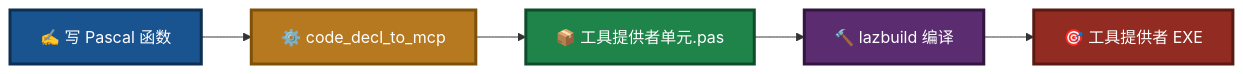
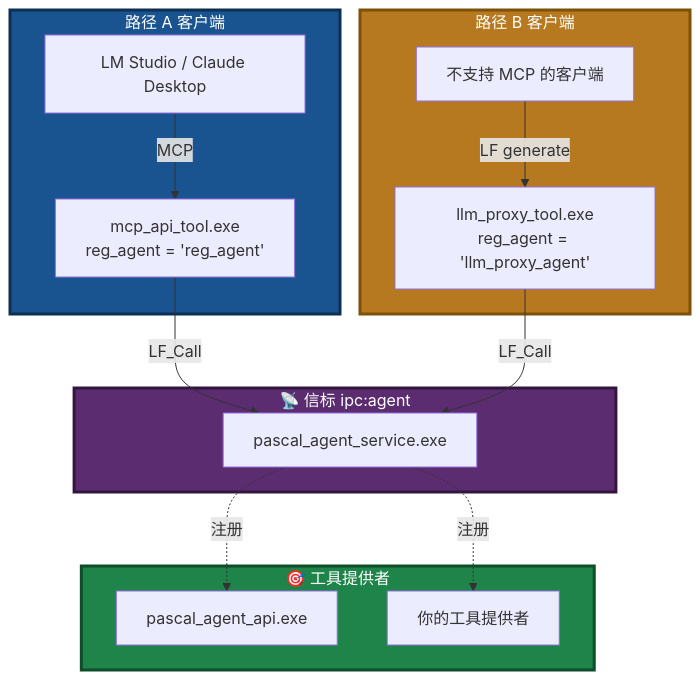
One commit to PassByYou888/LingoFuse-pasAgent changed the fourth of 9 diagrams in readme.md. Above: the diagram before and after it, drawn with Mermaid. The commit also changed other lines of this file and 33 other files, not shown here.

````diff
--- a/readme.md
+++ b/readme.md
@@ -55,13 +121,33 @@
 ```mermaid
-flowchart LR
-    A["✍️ 写 Pascal 函数"] --> B["⚙️ code_decl_to_mcp"]
-    B --> C["📦 工具提供者单元.pas"]
-    C --> D["🔨 lazbuild 编译"]
-    D --> E["🎯 工具提供者 EXE"]
+flowchart TB
+    subgraph Beacon["📡 信标 ipc:agent"]
+        B1["pascal_agent_service.exe"]
+    end
 
-    style A fill:#1A5490,stroke:#0D2F52,stroke-width:3px,color:#FFFFFF
-    style B fill:#B7791F,stroke:#7E5109,stroke-width:3px,color:#FFFFFF
-    style C fill:#1E8449,stroke:#0E4D2A,stroke-width:3px,color:#FFFFFF
-    style D fill:#5B2C6F,stroke:#321640,stroke-width:3px,color:#FFFFFF
-    style E fill:#922B21,stroke:#5A1A14,stroke-width:3px,color:#FFFFFF
+    subgraph ToolProviders["🎯 工具提供者"]
+        T1["pascal_agent_api.exe"]
+        T2["你的工具提供者"]
+    end
+
+    subgraph ClientsA["路径 A 客户端"]
+        A1["LM Studio / Claude Desktop"]
+        A2["mcp_api_tool.exe<br/>reg_agent = 'reg_agent'"]
+    end
+
+    subgraph ClientsB["路径 B 客户端"]
+        B1c["不支持 MCP 的客户端"]
+        B2c["llm_proxy_tool.exe<br/>reg_agent = 'llm_proxy_agent'"]
+    end
+
+    A1 -->|MCP| A2
+    A2 -->|LF_Call| B1
+    B1c -->|LF generate| B2c
+    B2c -->|LF_Call| B1
+    B1 -.->|注册| T1
+    B1 -.->|注册| T2
+
+    style Beacon fill:#5B2C6F,stroke:#321640,stroke-width:3px,color:#FFFFFF
+    style ToolProviders fill:#1E8449,stroke:#0E4D2A,stroke-width:3px,color:#FFFFFF
+    style ClientsA fill:#1A5490,stroke:#0D2F52,stroke-width:3px,color:#FFFFFF
+    style ClientsB fill:#B7791F,stroke:#7E5109,stroke-width:3px,color:#FFFFFF
 ```
````
